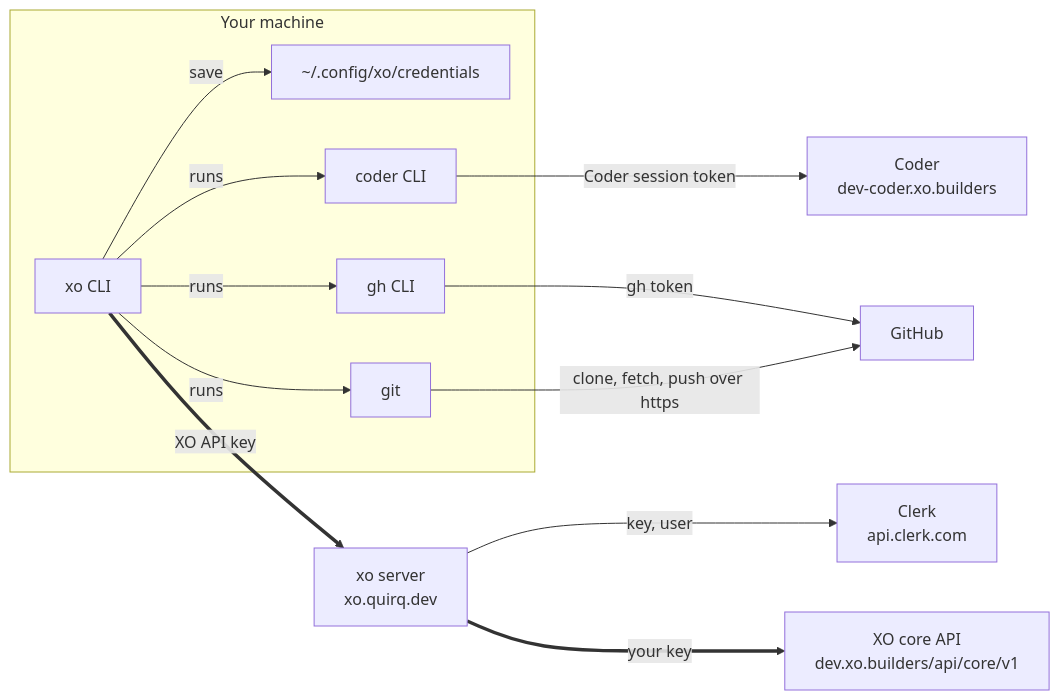
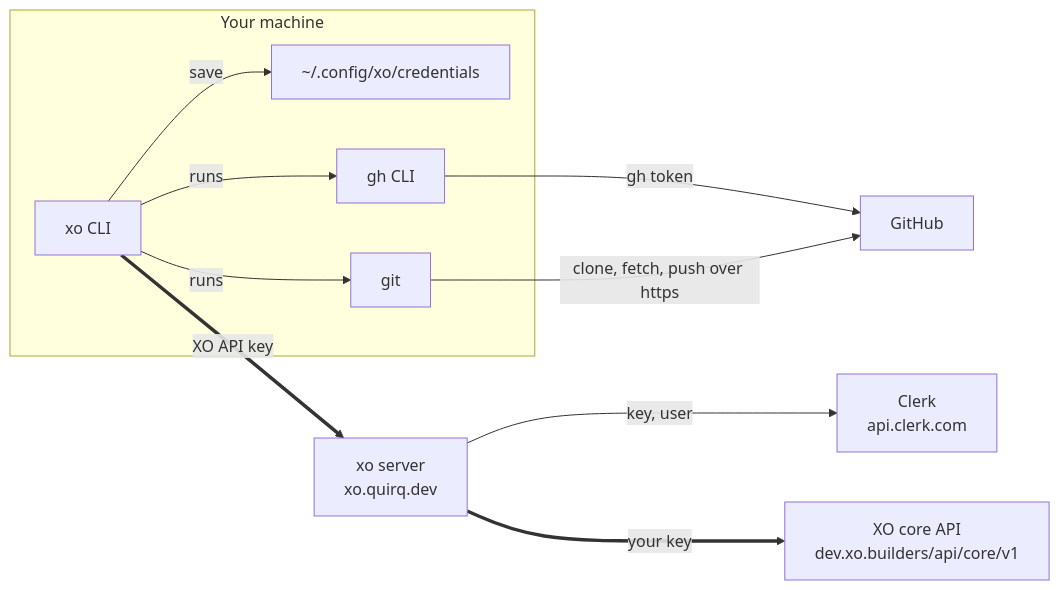
One commit to quirq-ai/xo changed the first of 30 diagrams in docs/architecture.md. Above: the diagram before and after it, drawn with Mermaid. The commit also changed other lines of this file and 18 other files, not shown here.

````diff
--- a/docs/architecture.md
+++ b/docs/architecture.md
@@ -24,25 +25,21 @@
 ```mermaid
 flowchart LR
   subgraph machine[Your machine]
     cli[xo CLI]
     cred[~/.config/xo/credentials]
-    coder[coder CLI]
     gh[gh CLI]
     git[git]
     cli -- save --> cred
-    cli -- runs --> coder
     cli -- runs --> gh
     cli -- runs --> git
   end
   server[xo server<br/>xo.quirq.dev]
   clerk[Clerk<br/>api.clerk.com]
   core[XO core API<br/>dev.xo.builders/api/core/v1]
-  coderdep[Coder<br/>dev-coder.xo.builders]
   github[GitHub]
   cli == XO API key ==> server
   server -- key, user --> clerk
   server == your key ==> core
-  coder -- Coder session token --> coderdep
   gh -- gh token --> github
   git -- clone, fetch, push over https --> github
 ```
````
